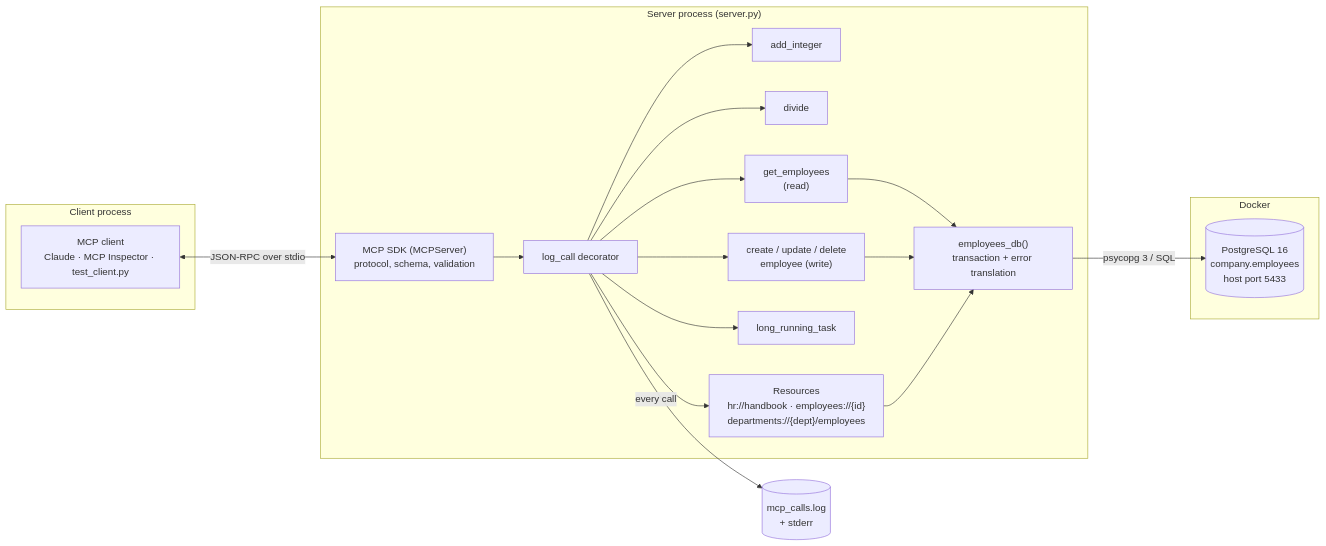
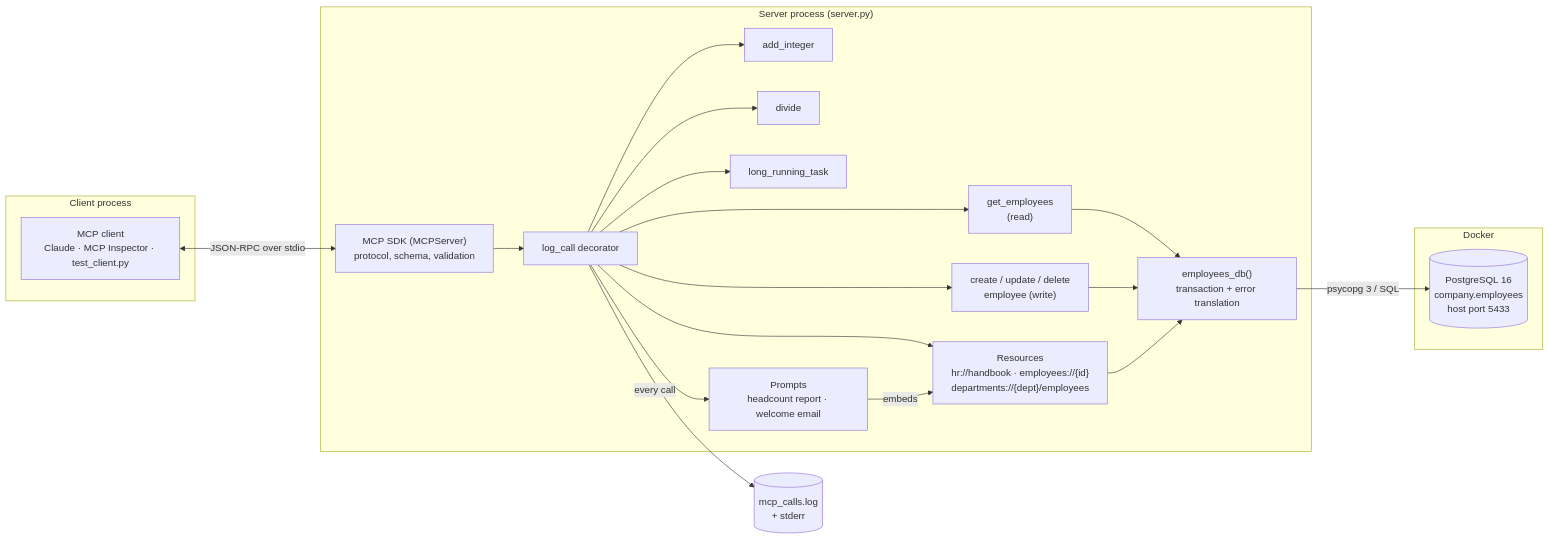
One commit to sluganesh/mcp-coreconcepts changed the first of 6 diagrams in docs/ARCHITECTURE.md. Above: the diagram before and after it, drawn with Mermaid. The commit also changed other lines of this file and 4 other files, not shown here.

````diff
--- a/docs/ARCHITECTURE.md
+++ b/docs/ARCHITECTURE.md
@@ -24,31 +25,33 @@
 ```mermaid
 flowchart LR
     subgraph Client process
         C["MCP client<br/>Claude · MCP Inspector · test_client.py"]
     end
 
     subgraph "Server process (server.py)"
         SDK["MCP SDK (MCPServer)<br/>protocol, schema, validation"]
         LC["log_call decorator"]
         T1["add_integer"]
         T2["divide"]
         T3["get_employees<br/>(read)"]
         T5["create / update / delete<br/>employee (write)"]
         T4["long_running_task"]
         R["Resources<br/>hr://handbook · employees://{id}<br/>departments://{dept}/employees"]
+        P["Prompts<br/>headcount report · welcome email"]
         H["employees_db()<br/>transaction + error translation"]
         SDK --> LC
-        LC --> T1 & T2 & T3 & T5 & T4 & R
+        LC --> T1 & T2 & T3 & T5 & T4 & R & P
+        P -- "embeds" --> R
         T3 & T5 & R --> H
     end
 
     subgraph Docker
         DB[("PostgreSQL 16<br/>company.employees<br/>host port 5433")]
     end
 
     LOG[("mcp_calls.log<br/>+ stderr")]
 
     C <-- "JSON-RPC over stdio" --> SDK
     LC -- "every call" --> LOG
     H -- "psycopg 3 / SQL" --> DB
 ```
````
